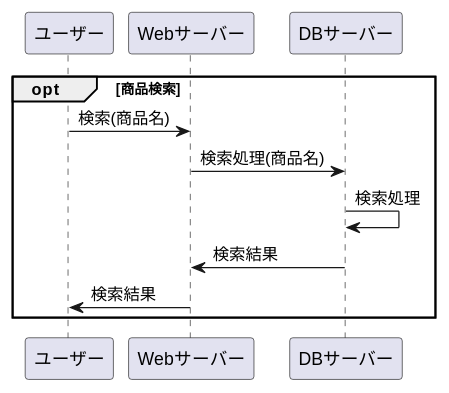
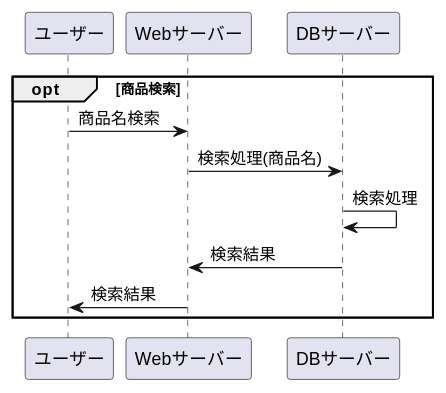
One commit to Aso2001154/2021sys-design changed the diagram in stationary/業務フロー/商品検索.md. Above: the diagram before and after it, drawn with PlantUML.

````diff
--- a/stationary/業務フロー/商品検索.md
+++ b/stationary/業務フロー/商品検索.md
@@ -1,13 +1,13 @@
 ```uml
 @startuml
 
 opt 商品検索
-ユーザー -> Webサーバー : 検索(商品名)
+ユーザー -> Webサーバー : 商品名検索
 Webサーバー -> DBサーバー : 検索処理(商品名)
 DBサーバー -> DBサーバー : 検索処理
 DBサーバー -> Webサーバー : 検索結果
 Webサーバー -> ユーザー : 検索結果
 end
 
 @enduml
 ```
````
